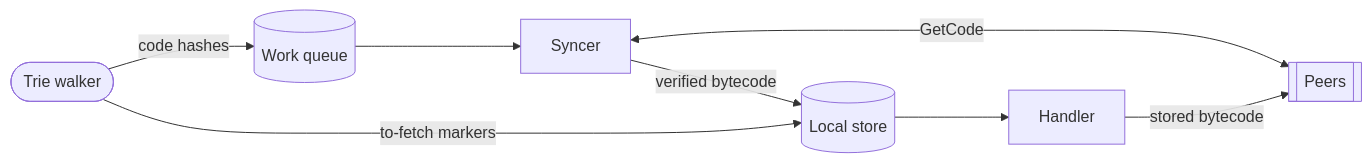
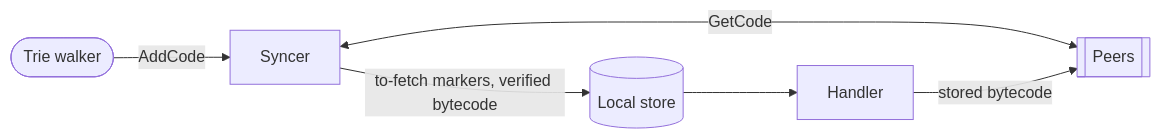
The first of 2 diagrams in vms/evm/sync/code/README.md (ava-labs/avalanchego), drawn with Mermaid before and after one commit. The commit also changed other lines of this file and 6 other files, not shown here.

First line of the commit message:
feat(vms/evm/sync/code): fold the queue into the syncer

````diff
--- a/vms/evm/sync/code/README.md
+++ b/vms/evm/sync/code/README.md
@@ -6,10 +6,8 @@
 ```mermaid
 flowchart LR
-  Producer([Trie walker]) -->|code hashes| Queue[(Work queue)]
-  Producer -->|to-fetch markers| Store[(Local store)]
-  Queue --> Syncer
+  Producer([Trie walker]) -->|AddCode| Syncer
   Syncer <-->|GetCode| Peers[[Peers]]
-  Syncer -->|verified bytecode| Store
+  Syncer -->|to-fetch markers, verified bytecode| Store[(Local store)]
+  Store --> Handler
   Handler -->|stored bytecode| Peers
-  Store --> Handler
 ```
````
